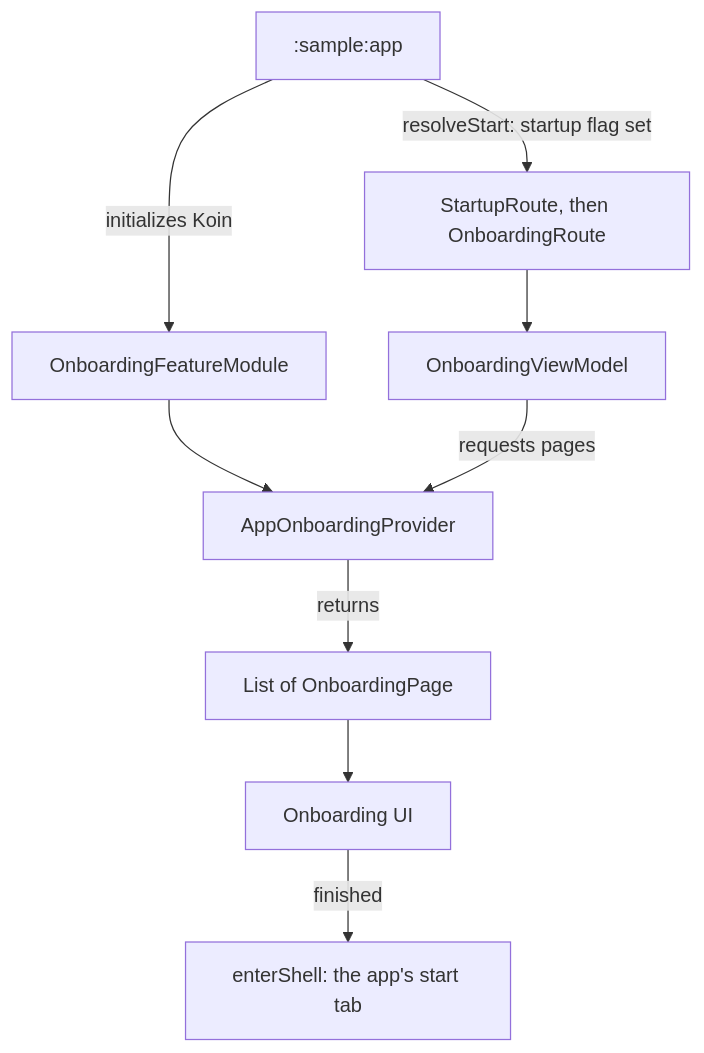
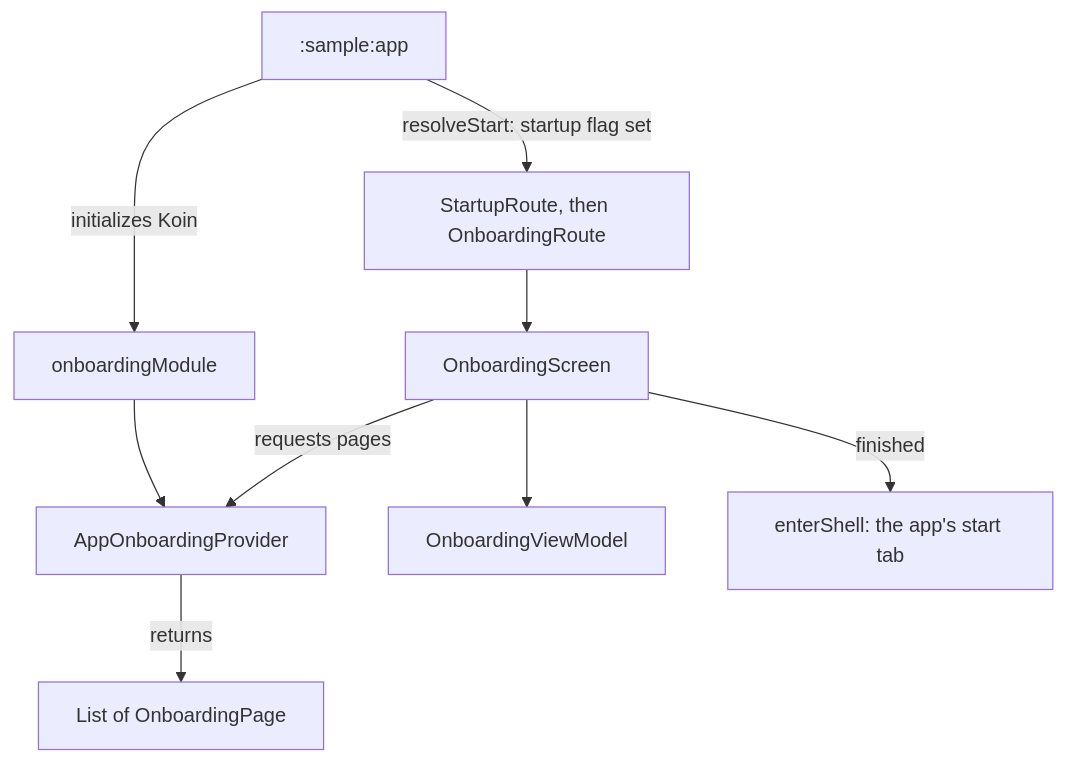
The diagram in sample/feature/onboarding/README.md (MihaiCristianCondrea/App-Toolkit-for-Android), drawn with Mermaid before and after one commit. The commit also changed other lines of this file and 106 other files, not shown here.

````diff
--- a/sample/feature/onboarding/README.md
+++ b/sample/feature/onboarding/README.md
@@ -31,11 +30,11 @@
 ```mermaid
 flowchart TD
-    App[":sample:app"] -->|initializes Koin| Module[OnboardingFeatureModule]
+    App[":sample:app"] -->|initializes Koin| Module[onboardingModule]
     Module --> Provider[AppOnboardingProvider]
     App -->|resolveStart: startup flag set| Start[StartupRoute, then OnboardingRoute]
-    Start --> ViewModel[OnboardingViewModel]
-    ViewModel -->|requests pages| Provider
+    Start --> Screen[OnboardingScreen]
+    Screen -->|requests pages| Provider
     Provider -->|returns| Pages[List of OnboardingPage]
-    Pages --> UI[Onboarding UI]
-    UI -->|finished| Enter[enterShell: the app's start tab]
+    Screen --> ViewModel[OnboardingViewModel]
+    Screen -->|finished| Enter[enterShell: the app's start tab]
 ```
````
